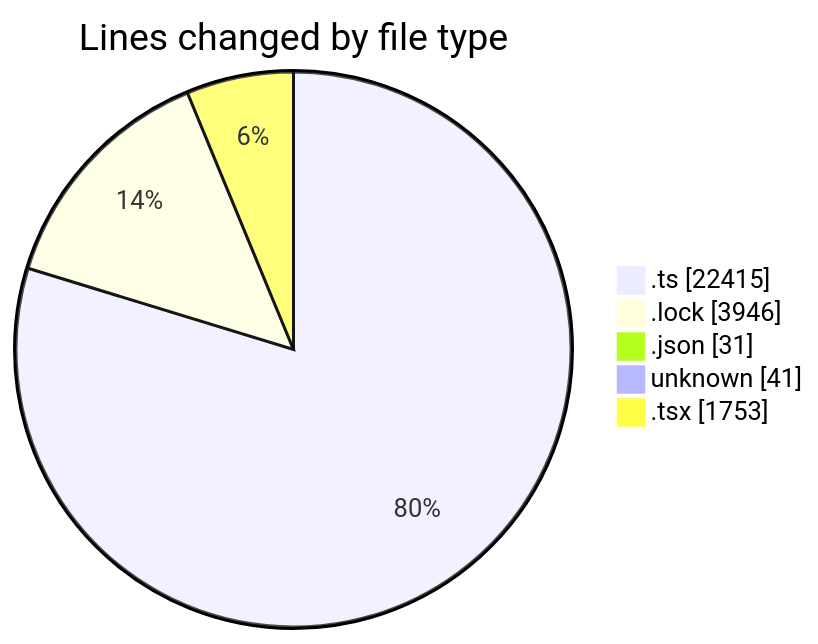
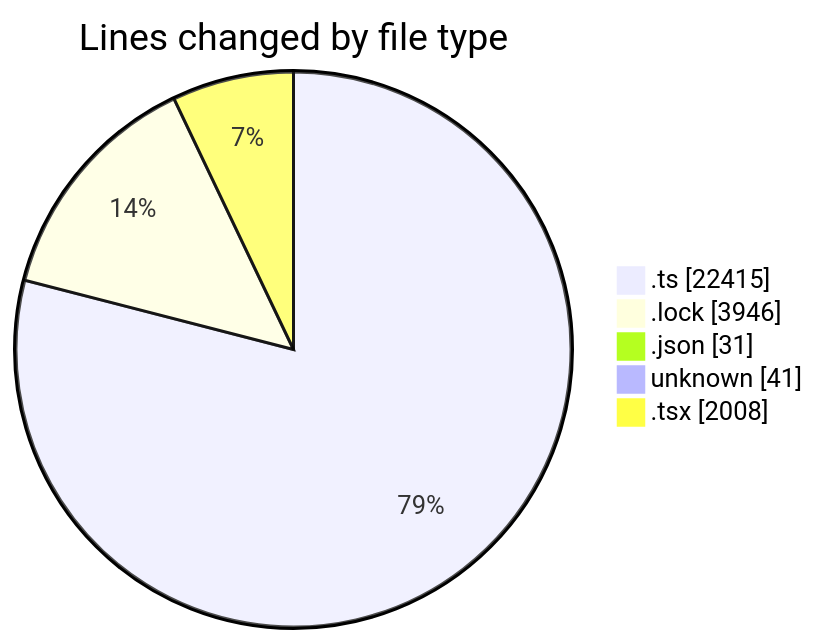
Before and after one commit to momahboobian/code-tracking: the first of 2 diagrams in 2025-08-19/cda/README.md, drawn with Mermaid. The commit also changed other lines of this file and 1 other file, not shown here.

````diff
--- a/2025-08-19/cda/README.md
+++ b/2025-08-19/cda/README.md
@@ -43,9 +45,9 @@
 ```mermaid
 pie showData
 title Lines changed by file type
 ".ts" : 22415
 ".lock" : 3946
 ".json" : 31
 "unknown" : 41
-".tsx" : 1753
+".tsx" : 2008
 ```
````
